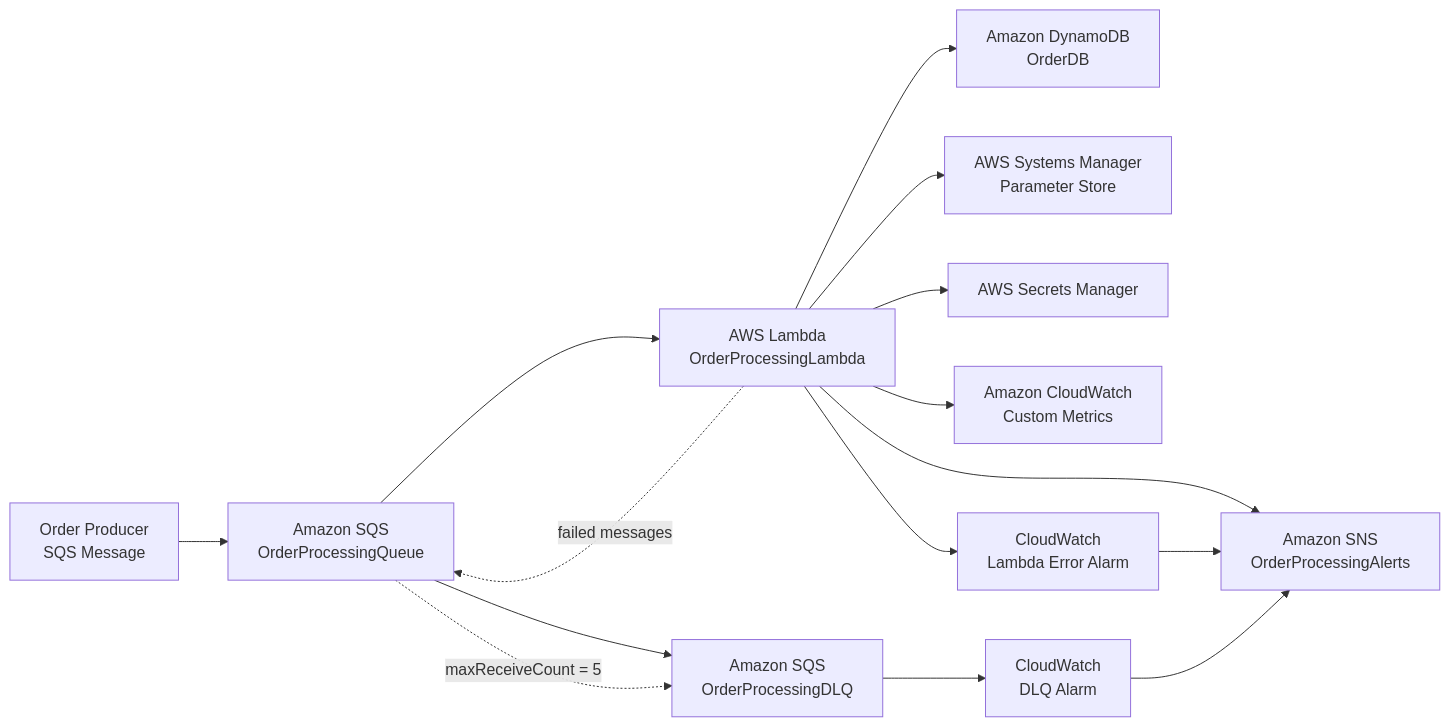
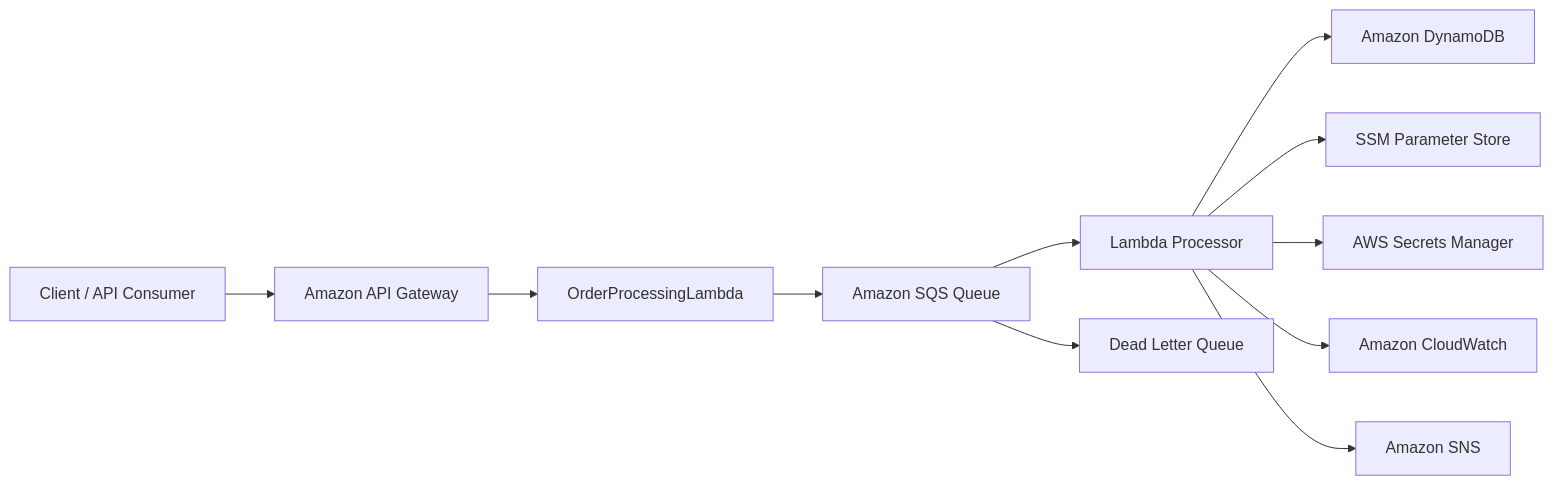
Before and after one commit to thecodealchemy/AwsLambdaOrderProcessingMicroserviceInfrastructure: the diagram in Readme.md, drawn with Mermaid. The commit also changed other lines of this file, not shown here.

Commit message:
Add API Gateway to the project README and describe the serverless architecture update.

````diff
--- a/Readme.md
+++ b/Readme.md
@@ -52,28 +31,13 @@
 ```mermaid
 flowchart LR
-
-    Producer["Order Producer<br/>SQS Message"] --> Queue["Amazon SQS<br/>OrderProcessingQueue"]
-
-    Queue --> Lambda["AWS Lambda<br/>OrderProcessingLambda"]
-
-    Lambda --> DynamoDB["Amazon DynamoDB<br/>OrderDB"]
-
-    Lambda --> SSM["AWS Systems Manager<br/>Parameter Store"]
-
-    Lambda --> Secrets["AWS Secrets Manager"]
-
-    Lambda --> Metrics["Amazon CloudWatch<br/>Custom Metrics"]
-
-    Lambda --> SNS["Amazon SNS<br/>OrderProcessingAlerts"]
-
-    Queue --> DLQ["Amazon SQS<br/>OrderProcessingDLQ"]
-
-    Lambda -. failed messages .-> Queue
-    Queue -. maxReceiveCount = 5 .-> DLQ
-
-    DLQ --> DLQAlarm["CloudWatch<br/>DLQ Alarm"]
-    Lambda --> LambdaAlarm["CloudWatch<br/>Lambda Error Alarm"]
-
-    LambdaAlarm --> SNS
-    DLQAlarm --> SNS
+    Client[Client / API Consumer] --> API[Amazon API Gateway]
+    API --> Lambda[OrderProcessingLambda]
+    Lambda --> SQS[Amazon SQS Queue]
+    SQS --> Processor[Lambda Processor]
+    Processor --> DDB[Amazon DynamoDB]
+    Processor --> SSM[SSM Parameter Store]
+    Processor --> Secrets[AWS Secrets Manager]
+    Processor --> CW[Amazon CloudWatch]
+    Processor --> SNS[Amazon SNS]
+    SQS --> DLQ[Dead Letter Queue]
 ```
````
